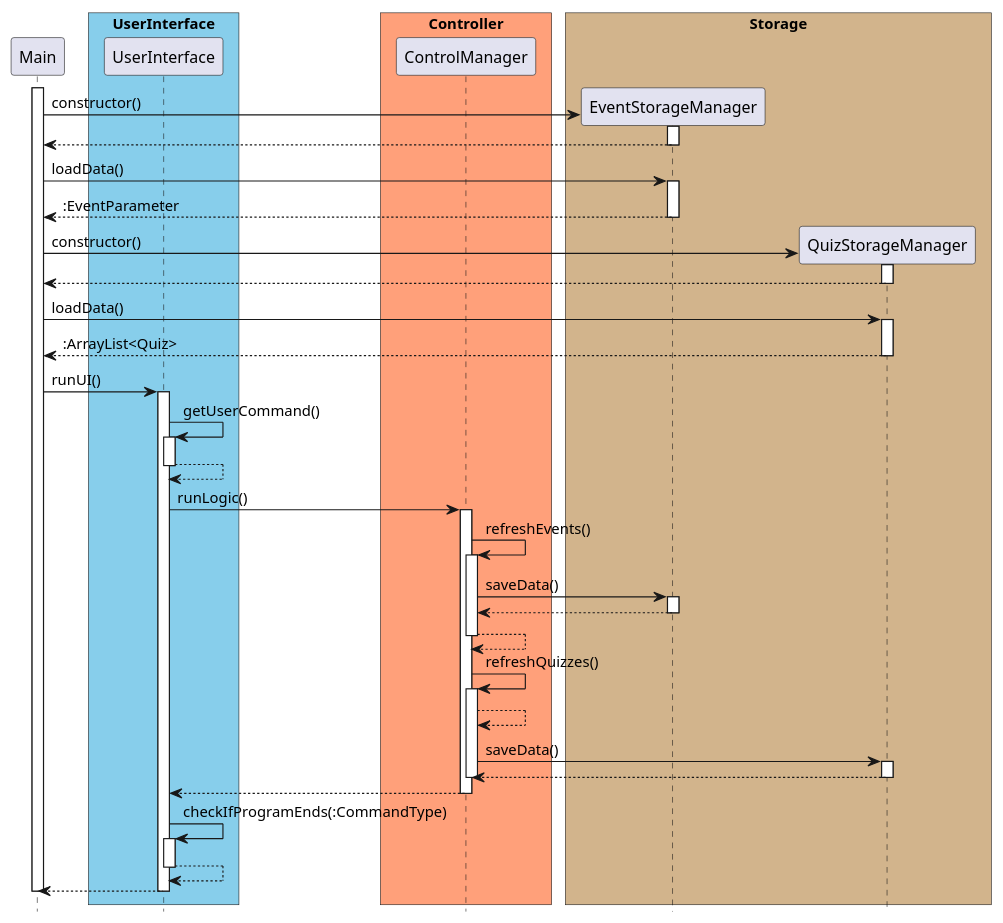
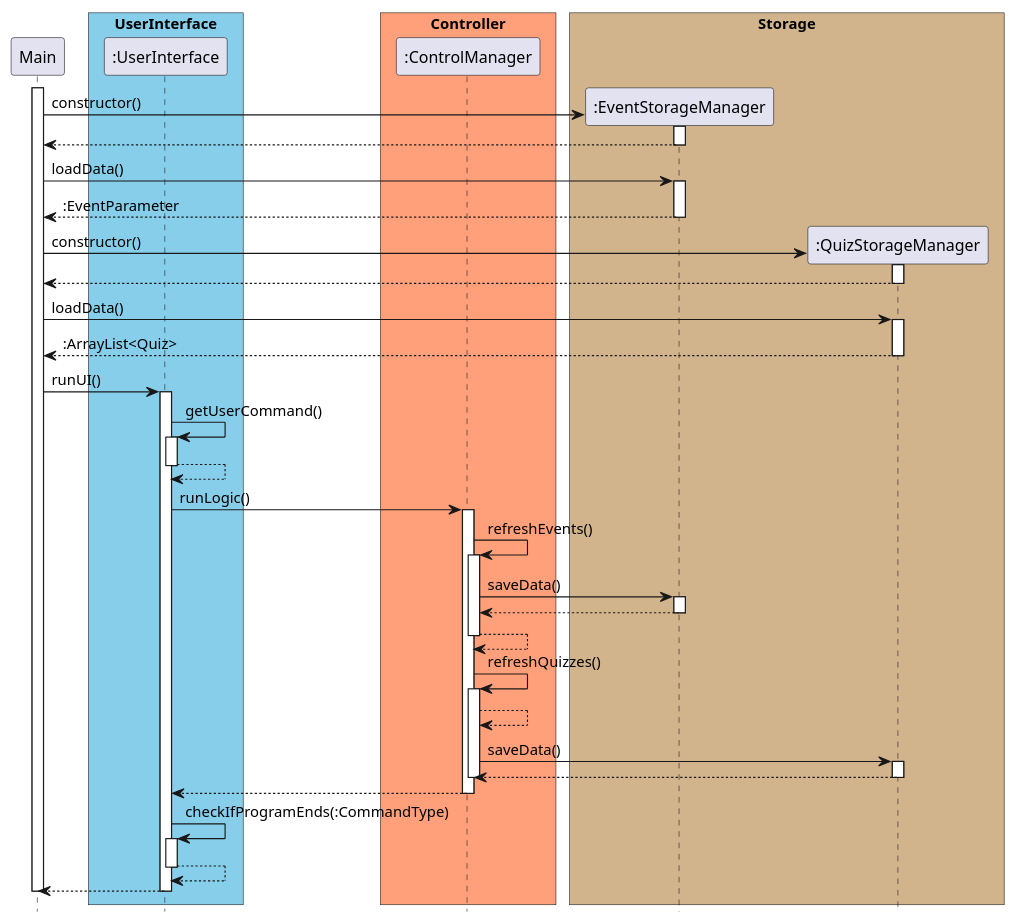
The diagram in docs/plantuml/StorageSequence.puml (untitle4/tp), drawn with PlantUML before and after one commit. The commit also changed 4 other files, not shown here.

Commit message:
Update diagrams

```diff
--- a/docs/plantuml/StorageSequence.puml
+++ b/docs/plantuml/StorageSequence.puml
@@ -1,79 +1,79 @@
 @startuml
 
 skinparam ParticipantPadding 10
 skinparam BoxPadding 5
 hide footbox
 
 participant Main
 
 box "UserInterface" #skyblue
-participant UserInterface
+participant ":UserInterface"
 end box
 
 box "Controller" #LightSalmon
-participant ControlManager
+participant ":ControlManager"
 end box
 
 box "Storage" #Tan
-participant EventStorageManager
-participant QuizStorageManager
+participant ":EventStorageManager"
+participant ":QuizStorageManager"
 end box
 
 activate Main
-Main -> EventStorageManager** : constructor()
-activate EventStorageManager
-EventStorageManager --> Main
-deactivate EventStorageManager
+Main -> ":EventStorageManager"** : constructor()
+activate ":EventStorageManager"
+":EventStorageManager" --> Main
+deactivate ":EventStorageManager"
 
-Main -> EventStorageManager : loadData()
-activate EventStorageManager
-EventStorageManager --> Main : :EventParameter
-deactivate EventStorageManager
+Main -> ":EventStorageManager" : loadData()
+activate ":EventStorageManager"
+":EventStorageManager" --> Main : :EventParameter
+deactivate ":EventStorageManager"
 
-Main -> QuizStorageManager** : constructor()
-activate QuizStorageManager
-QuizStorageManager --> Main
-deactivate QuizStorageManager
+Main -> ":QuizStorageManager"** : constructor()
+activate ":QuizStorageManager"
+":QuizStorageManager" --> Main
+deactivate ":QuizStorageManager"
 
-Main -> QuizStorageManager : loadData()
-activate QuizStorageManager
-QuizStorageManager --> Main : :ArrayList<Quiz>
-deactivate QuizStorageManager
+Main -> ":QuizStorageManager" : loadData()
+activate ":QuizStorageManager"
+":QuizStorageManager" --> Main : :ArrayList<Quiz>
+deactivate ":QuizStorageManager"
 
-Main -> UserInterface : runUI()
-activate UserInterface
-UserInterface -> UserInterface : getUserCommand()
-activate UserInterface
-UserInterface --> UserInterface
-deactivate UserInterface
-UserInterface -> ControlManager : runLogic()
-activate ControlManager
-ControlManager -> ControlManager : refreshEvents()
-activate ControlManager
-ControlManager -> EventStorageManager : saveData()
-activate EventStorageManager
-EventStorageManager --> ControlManager
-deactivate EventStorageManager
-ControlManager --> ControlManager
-deactivate ControlManager
-ControlManager -> ControlManager : refreshQuizzes()
-activate ControlManager
-ControlManager --> ControlManager
-ControlManager -> QuizStorageManager : saveData()
-activate QuizStorageManager
-QuizStorageManager --> ControlManager
-deactivate QuizStorageManager
-deactivate ControlManager
-ControlManager --> UserInterface
-deactivate ControlManager
-deactivate ControlManager
-UserInterface -> UserInterface : checkIfProgramEnds(:CommandType)
-activate UserInterface
-UserInterface --> UserInterface
-deactivate UserInterface
-deactivate ControlManager
-UserInterface --> Main
-deactivate UserInterface
+Main -> ":UserInterface" : runUI()
+activate ":UserInterface"
+":UserInterface" -> ":UserInterface" : getUserCommand()
+activate ":UserInterface"
+":UserInterface" --> ":UserInterface"
+deactivate ":UserInterface"
+":UserInterface" -> ":ControlManager" : runLogic()
+activate ":ControlManager"
+":ControlManager" -> ":ControlManager" : refreshEvents()
+activate ":ControlManager"
+":ControlManager" -> ":EventStorageManager" : saveData()
+activate ":EventStorageManager"
+":EventStorageManager" --> ":ControlManager"
+deactivate ":EventStorageManager"
+":ControlManager" --> ":ControlManager"
+deactivate ":ControlManager"
+":ControlManager" -> ":ControlManager" : refreshQuizzes()
+activate ":ControlManager"
+":ControlManager" --> ":ControlManager"
+":ControlManager" -> ":QuizStorageManager" : saveData()
+activate ":QuizStorageManager"
+":QuizStorageManager" --> ":ControlManager"
+deactivate ":QuizStorageManager"
+deactivate ":ControlManager"
+":ControlManager" --> ":UserInterface"
+deactivate ":ControlManager"
+deactivate ":ControlManager"
+":UserInterface" -> ":UserInterface" : checkIfProgramEnds(:CommandType)
+activate ":UserInterface"
+":UserInterface" --> ":UserInterface"
+deactivate ":UserInterface"
+deactivate ":ControlManager"
+":UserInterface" --> Main
+deactivate ":UserInterface"
 deactivate Main
 
 @enduml
```
